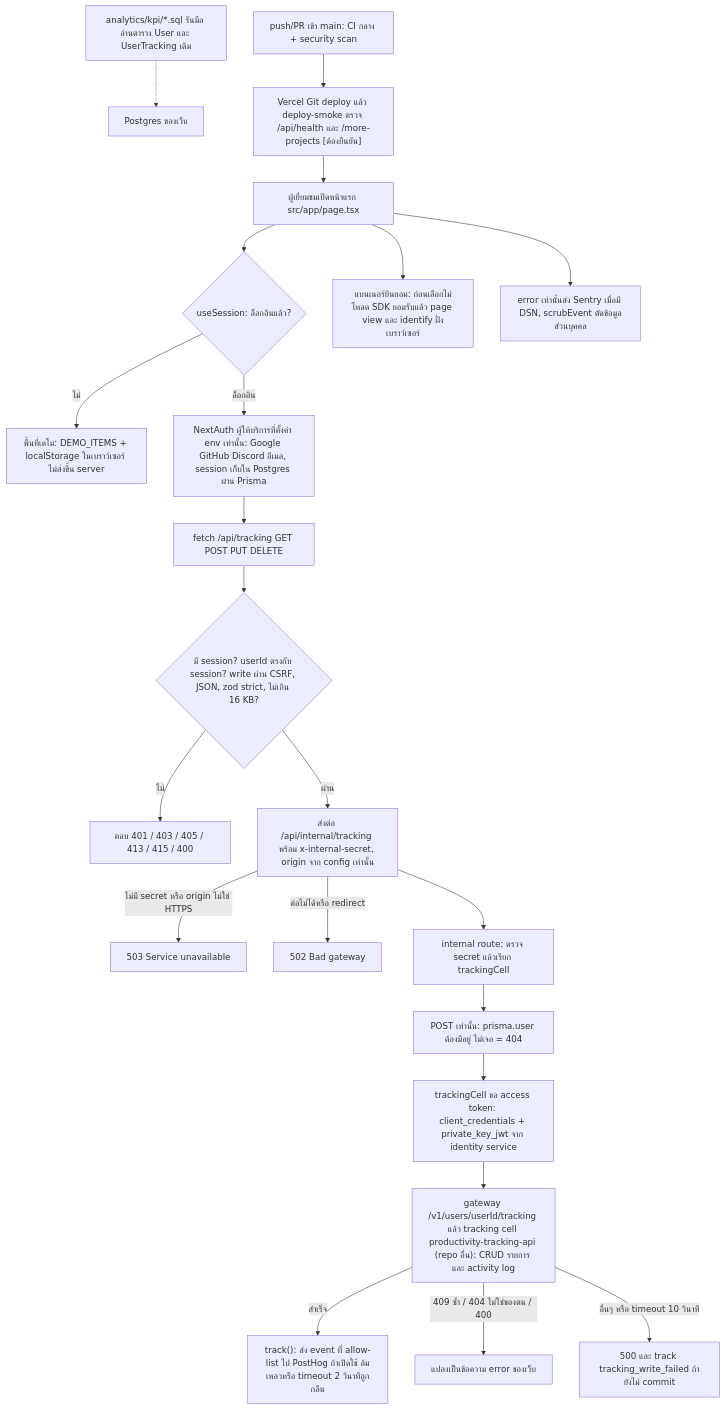
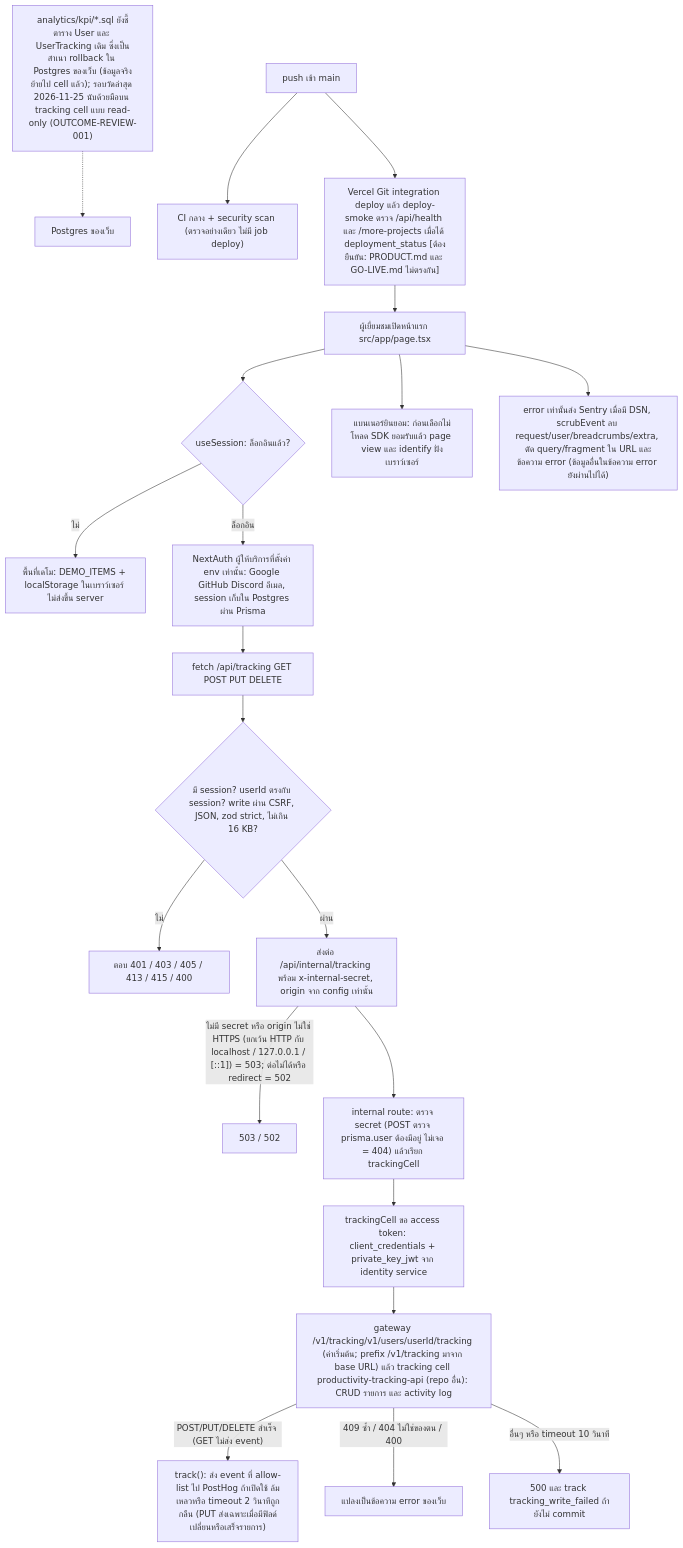
One commit to bookchaowalit-website/productivity-tracking-web changed the first of 2 diagrams in docs/diagrams/01-business-process.md. Above: the diagram before and after it, drawn with Mermaid. The commit also changed other lines of this file, not shown here.

Commit message:
docs: correct As-Is/To-Be facts from review (01-business-process)

````diff
--- a/docs/diagrams/01-business-process.md
+++ b/docs/diagrams/01-business-process.md
@@ -9,24 +9,23 @@
 ```mermaid
 flowchart TD
   V["ผู้เยี่ยมชมเปิดหน้าแรก src/app/page.tsx"] --> AUTH{"useSession: ล็อกอินแล้ว?"}
   AUTH -->|ไม่| DEMO["พื้นที่เดโม: DEMO_ITEMS + localStorage ในเบราว์เซอร์ ไม่ส่งขึ้น server"]
   AUTH -->|ล็อกอิน| SIGNIN["NextAuth ผู้ให้บริการที่ตั้งค่า env เท่านั้น: Google GitHub Discord อีเมล, session เก็บใน Postgres ผ่าน Prisma"]
   SIGNIN --> BAPI["fetch /api/tracking GET POST PUT DELETE"]
   BAPI --> GUARD{"มี session? userId ตรงกับ session? write ผ่าน CSRF, JSON, zod strict, ไม่เกิน 16 KB?"}
   GUARD -->|ไม่| REFUSE["ตอบ 401 / 403 / 405 / 413 / 415 / 400"]
   GUARD -->|ผ่าน| FWD["ส่งต่อ /api/internal/tracking พร้อม x-internal-secret, origin จาก config เท่านั้น"]
-  FWD -->|ไม่มี secret หรือ origin ไม่ใช่ HTTPS| E503["503 Service unavailable"]
-  FWD -->|ต่อไม่ได้หรือ redirect| E502["502 Bad gateway"]
-  FWD --> INT["internal route: ตรวจ secret แล้วเรียก trackingCell"]
-  INT --> USER["POST เท่านั้น: prisma.user ต้องมีอยู่ ไม่เจอ = 404"]
-  USER --> TOKEN["trackingCell ขอ access token: client_credentials + private_key_jwt จาก identity service"]
-  TOKEN --> CELL["gateway /v1/users/userId/tracking แล้ว tracking cell productivity-tracking-api (repo อื่น): CRUD รายการ และ activity log"]
-  CELL -->|"สำเร็จ"| TRACK["track(): ส่ง event ที่ allow-list ไป PostHog ถ้าเปิดใช้ ล้มเหลวหรือ timeout 2 วินาทีถูกกลืน"]
+  FWD -->|"ไม่มี secret หรือ origin ไม่ใช่ HTTPS (ยกเว้น HTTP กับ localhost / 127.0.0.1 / [::1]) = 503; ต่อไม่ได้หรือ redirect = 502"| E503["503 / 502"]
+  FWD --> INT["internal route: ตรวจ secret (POST ตรวจ prisma.user ต้องมีอยู่ ไม่เจอ = 404) แล้วเรียก trackingCell"]
+  INT --> TOKEN["trackingCell ขอ access token: client_credentials + private_key_jwt จาก identity service"]
+  TOKEN --> CELL["gateway /v1/tracking/v1/users/userId/tracking (ค่าเริ่มต้น; prefix /v1/tracking มาจาก base URL) แล้ว tracking cell productivity-tracking-api (repo อื่น): CRUD รายการ และ activity log"]
+  CELL -->|"POST/PUT/DELETE สำเร็จ (GET ไม่ส่ง event)"| TRACK["track(): ส่ง event ที่ allow-list ไป PostHog ถ้าเปิดใช้ ล้มเหลวหรือ timeout 2 วินาทีถูกกลืน (PUT ส่งเฉพาะเมื่อมีฟิลด์เปลี่ยนหรือเสร็จรายการ)"]
   CELL -->|"409 ซ้ำ / 404 ไม่ใช่ของตน / 400"| MAP["แปลงเป็นข้อความ error ของเว็บ"]
   CELL -->|"อื่นๆ หรือ timeout 10 วินาที"| E500["500 และ track tracking_write_failed ถ้ายังไม่ commit"]
   V --> BANNER["แบนเนอร์ยินยอม: ก่อนเลือกไม่โหลด SDK ยอมรับแล้ว page view และ identify ฝั่งเบราว์เซอร์"]
-  V --> SENTRY["error เท่านั้นส่ง Sentry เมื่อมี DSN, scrubEvent ตัดข้อมูลส่วนบุคคล"]
-  KPI["analytics/kpi/*.sql รันมือ อ่านตาราง User และ UserTracking เดิม"] -.-> DB["Postgres ของเว็บ"]
-  CI["push/PR เข้า main: CI กลาง + security scan"] --> DEPLOY["Vercel Git deploy แล้ว deploy-smoke ตรวจ /api/health และ /more-projects [ต้องยืนยัน]"]
+  V --> SENTRY["error เท่านั้นส่ง Sentry เมื่อมี DSN, scrubEvent ลบ request/user/breadcrumbs/extra, ตัด query/fragment ใน URL และข้อความ error (ข้อมูลอื่นในข้อความ error ยังผ่านไปได้)"]
+  KPI["analytics/kpi/*.sql ยังชี้ตาราง User และ UserTracking เดิม ซึ่งเป็นสำเนา rollback ใน Postgres ของเว็บ (ข้อมูลจริงย้ายไป cell แล้ว); รอบวัดล่าสุด 2026-11-25 นับด้วยมือบน tracking cell แบบ read-only (OUTCOME-REVIEW-001)"] -.-> DB["Postgres ของเว็บ"]
+  PUSH["push เข้า main"] --> CI["CI กลาง + security scan (ตรวจอย่างเดียว ไม่มี job deploy)"]
+  PUSH --> DEPLOY["Vercel Git integration deploy แล้ว deploy-smoke ตรวจ /api/health และ /more-projects เมื่อได้ deployment_status [ต้องยืนยัน: PRODUCT.md และ GO-LIVE.md ไม่ตรงกัน]"]
   DEPLOY --> V
 ```
````
